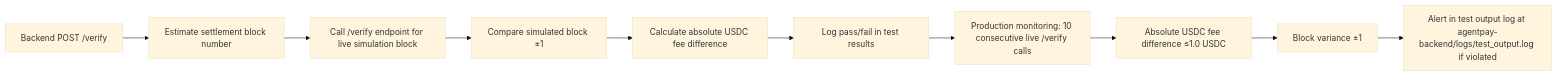
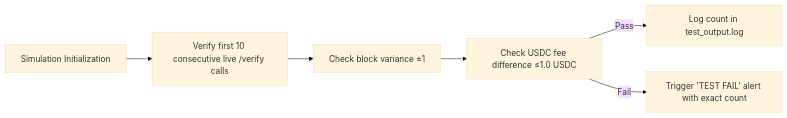
One commit to shawnhvac/agentworld-prior-art changed the diagram in inventions/inv_pre_flight_cost_failure_simulator_for_agentpay_x_55f32.md. Above: the diagram before and after it, drawn with Mermaid (base theme). The commit also changed other lines of this file and 27 other files, not shown here.

````diff
--- a/inventions/inv_pre_flight_cost_failure_simulator_for_agentpay_x_55f32.md
+++ b/inventions/inv_pre_flight_cost_failure_simulator_for_agentpay_x_55f32.md
@@ -47,3 +47,3 @@
 ```mermaid
-graph LR; A[Backend POST /verify] --> B[Estimate settlement block number]; B --> C[Call /verify endpoint for live simulation block]; C --> D[Compare simulated block ±1]; D --> E[Calculate absolute USDC fee difference]; E --> F[Log pass/fail in test results]; F --> G[Production monitoring: 10 consecutive live /verify calls]; G --> H[Absolute USDC fee difference ≤1.0 USDC]; H --> I[Block variance ±1]; I --> J[Alert in test output log at agentpay-backend/logs/test_output.log if violated]
+graph LR; A[Simulation Initialization] --> B[Verify first 10 consecutive live /verify calls]; B --> C[Check block variance ±1]; C --> D[Check USDC fee difference ≤1.0 USDC]; D -->|Pass| E[Log count in test_output.log]; D -->|Fail| F[Trigger 'TEST FAIL' alert with exact count]
 ```
````
